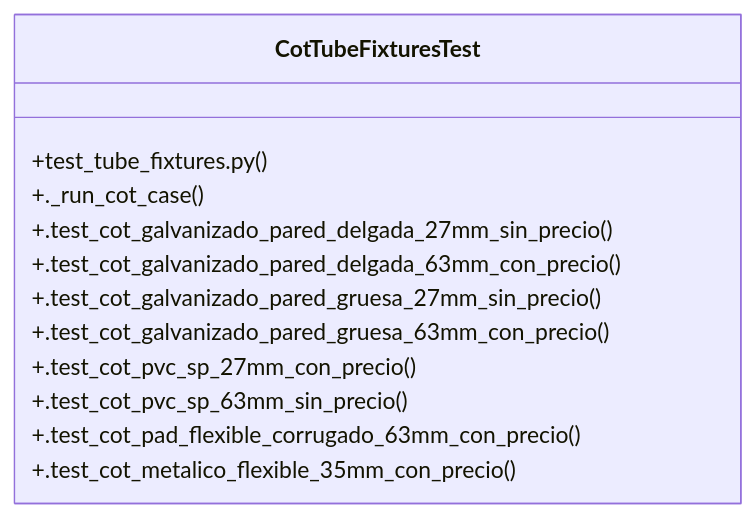
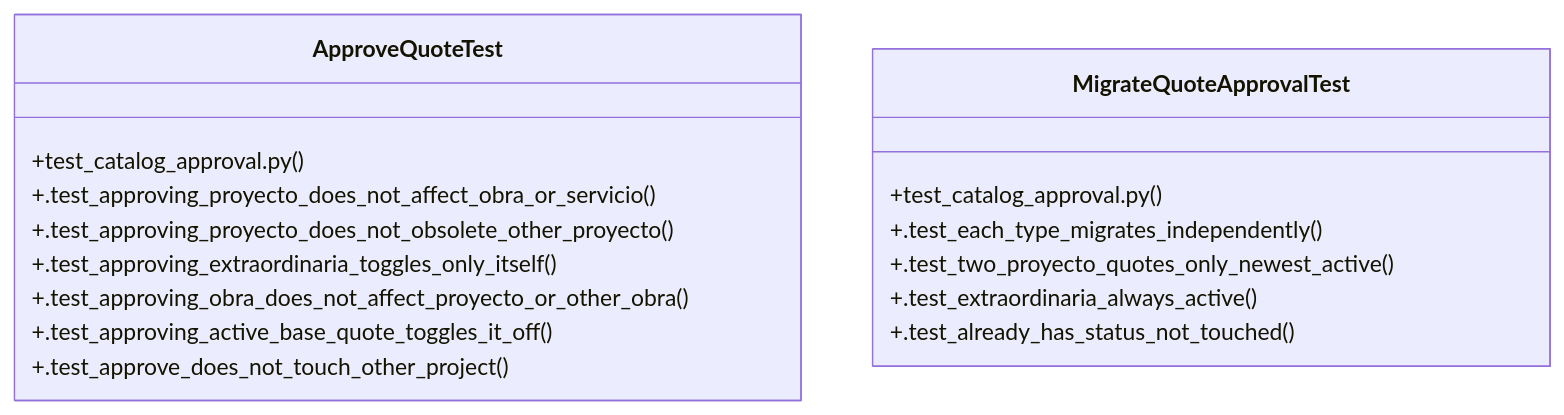
The diagram in graphify-out/wiki/Community_21.md (Daftrick/ProjectTracker), drawn with Mermaid before and after one commit. The commit also changed other lines of this file and 544 other files, not shown here.

````diff
--- a/graphify-out/wiki/Community_21.md
+++ b/graphify-out/wiki/Community_21.md
@@ -33,15 +29,19 @@
 ```mermaid
 classDiagram
-    class CotTubeFixturesTest {
-        +test_tube_fixtures.py()
-        +._run_cot_case()
-        +.test_cot_galvanizado_pared_delgada_27mm_sin_precio()
-        +.test_cot_galvanizado_pared_delgada_63mm_con_precio()
-        +.test_cot_galvanizado_pared_gruesa_27mm_sin_precio()
-        +.test_cot_galvanizado_pared_gruesa_63mm_con_precio()
-        +.test_cot_pvc_sp_27mm_con_precio()
-        +.test_cot_pvc_sp_63mm_sin_precio()
-        +.test_cot_pad_flexible_corrugado_63mm_con_precio()
-        +.test_cot_metalico_flexible_35mm_con_precio()
+    class ApproveQuoteTest {
+        +test_catalog_approval.py()
+        +.test_approving_proyecto_does_not_affect_obra_or_servicio()
+        +.test_approving_proyecto_does_not_obsolete_other_proyecto()
+        +.test_approving_extraordinaria_toggles_only_itself()
+        +.test_approving_obra_does_not_affect_proyecto_or_other_obra()
+        +.test_approving_active_base_quote_toggles_it_off()
+        +.test_approve_does_not_touch_other_project()
+    }
+    class MigrateQuoteApprovalTest {
+        +test_catalog_approval.py()
+        +.test_each_type_migrates_independently()
+        +.test_two_proyecto_quotes_only_newest_active()
+        +.test_extraordinaria_always_active()
+        +.test_already_has_status_not_touched()
     }
 ```
````
